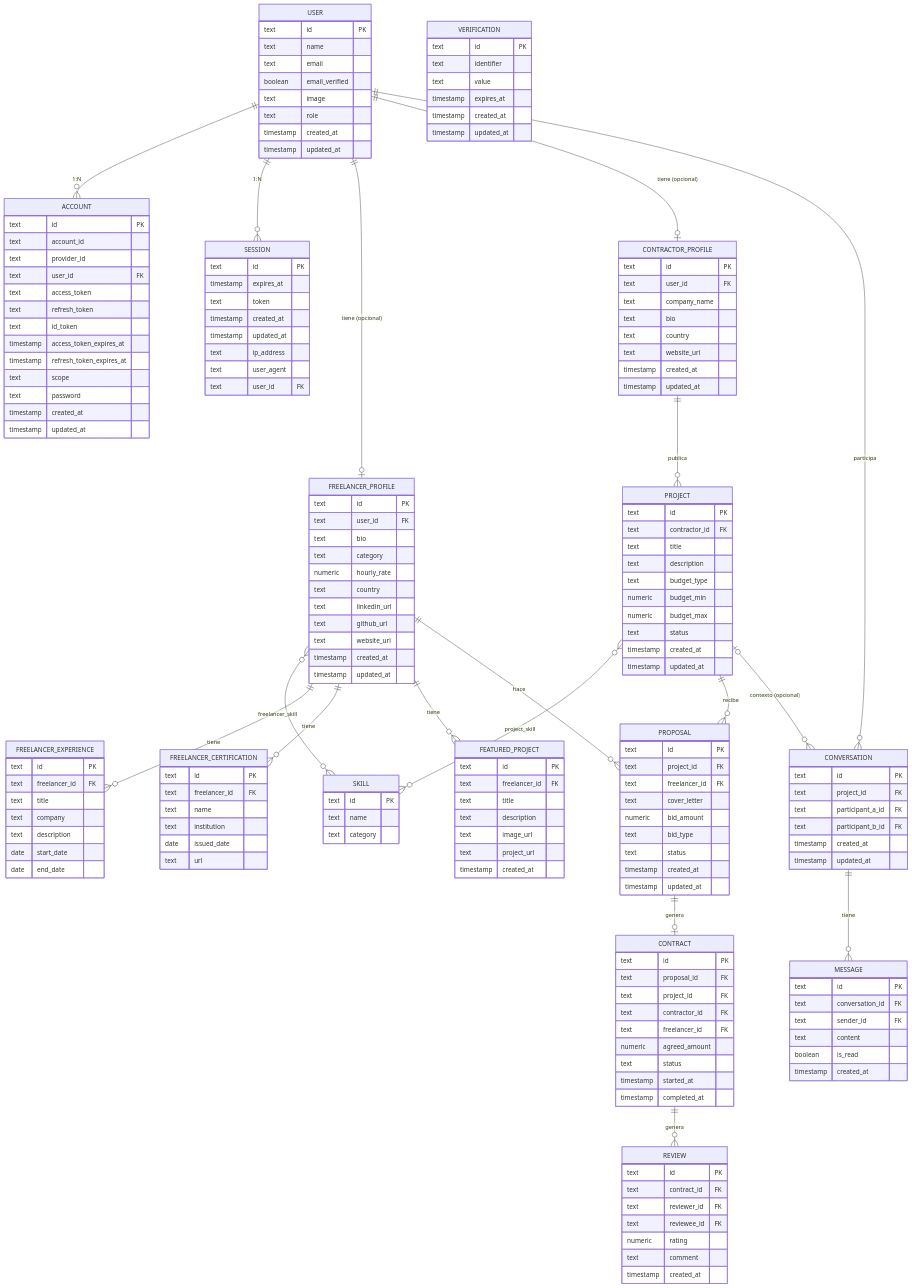
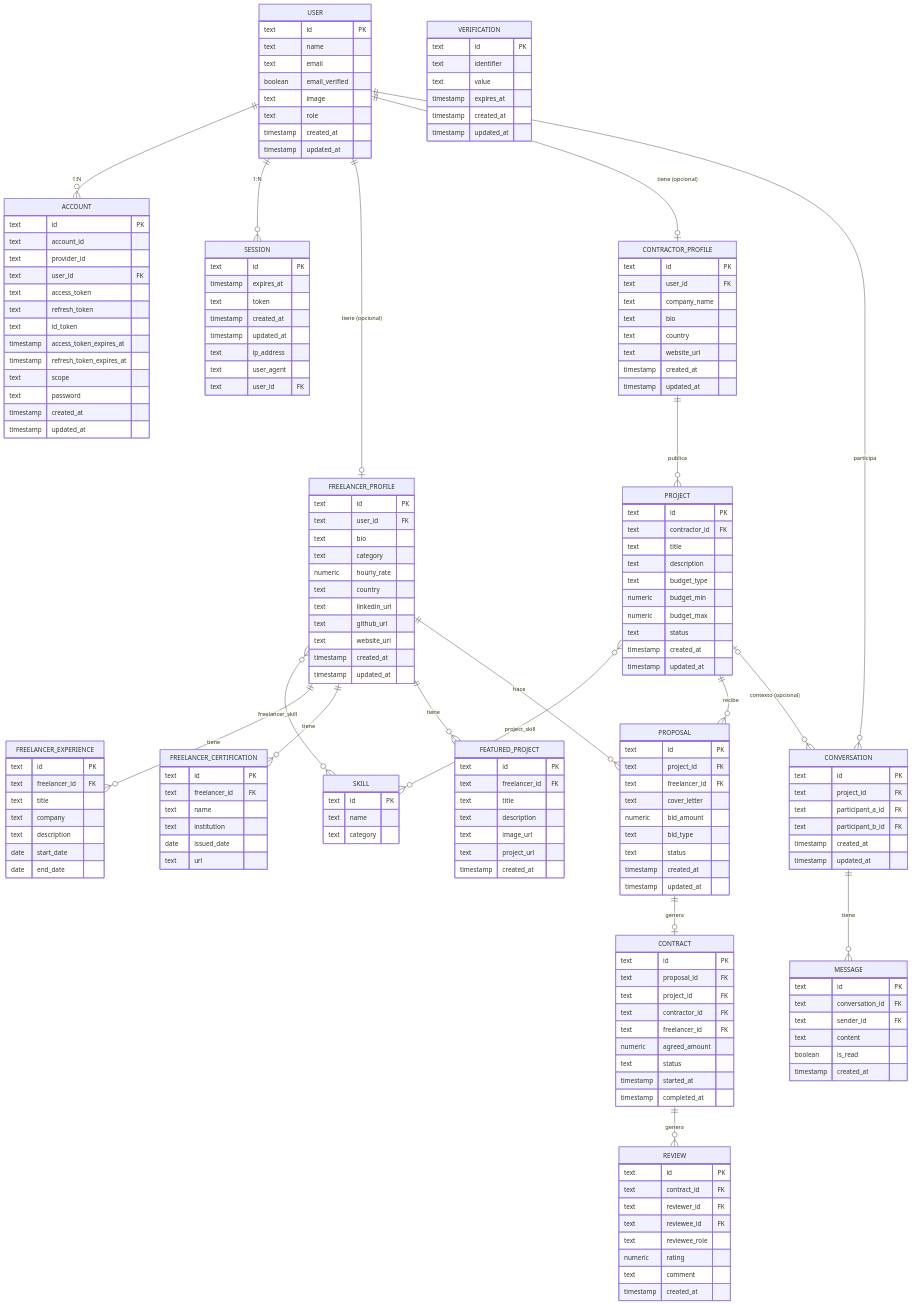
Before and after one commit to iDarkSSJ/workpage: the diagram in server/ERdiagram.md, drawn with Mermaid. The commit also changed other lines of this file and 13 other files, not shown here.

Commit message:
feat: update project relations and authentication middleware, and minimal schema changes

```diff
--- a/server/ERdiagram.md
+++ b/server/ERdiagram.md
@@ -157,6 +158,7 @@
         text contract_id FK
         text reviewer_id FK
         text reviewee_id FK
+        text reviewee_role
         numeric rating
         text comment
         timestamp created_at
```
